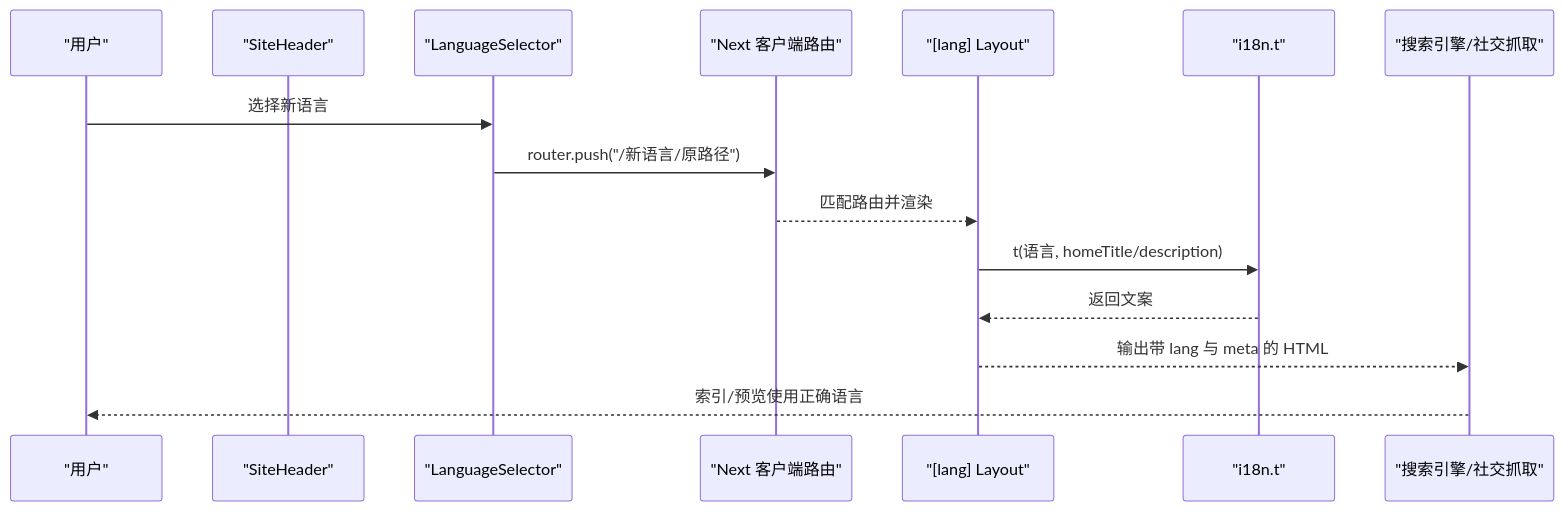
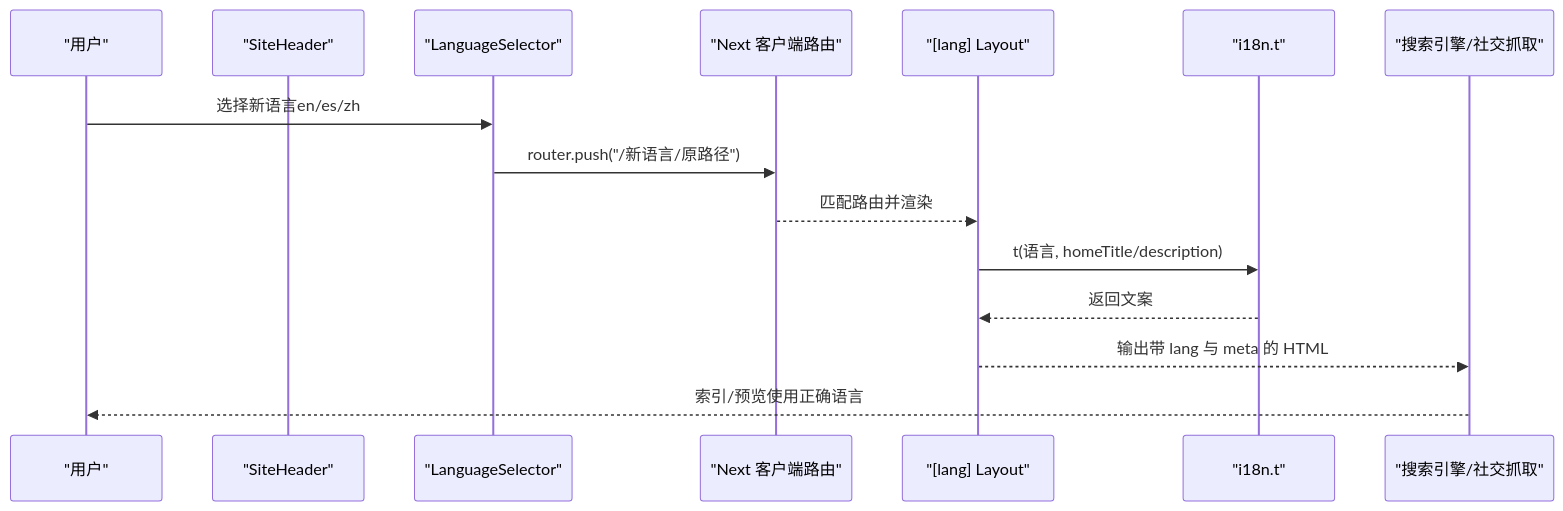
The second of 4 diagrams in .qoder/repowiki/zh/content/前端组件/语言选择器组件.md (pnnh/weable), drawn with Mermaid before and after one commit. The commit also changed other lines of this file and 138 other files, not shown here.

Commit message:
未登录时访问console跳转至signin页面 修复点击图片目录未正确跳转问题 实现图片批量删除功能 将上传页面改成造成轻量级队列，实现分部上传和重试功能（绕过worker限制）

````diff
--- a/.qoder/repowiki/zh/content/前端组件/语言选择器组件.md
+++ b/.qoder/repowiki/zh/content/前端组件/语言选择器组件.md
@@ -114,17 +128,17 @@
 ```mermaid
 sequenceDiagram
 participant U as "用户"
 participant H as "SiteHeader"
 participant S as "LanguageSelector"
 participant R as "Next 客户端路由"
 participant L as "[lang] Layout"
 participant I as "i18n.t"
 participant M as "搜索引擎/社交抓取"
-U->>S : 选择新语言
+U->>S : 选择新语言en/es/zh
 S->>R : router.push("/新语言/原路径")
 R-->>L : 匹配路由并渲染
 L->>I : t(语言, homeTitle/description)
 I-->>L : 返回文案
 L-->>M : 输出带 lang 与 meta 的 HTML
 M-->>U : 索引/预览使用正确语言
 ```
````
